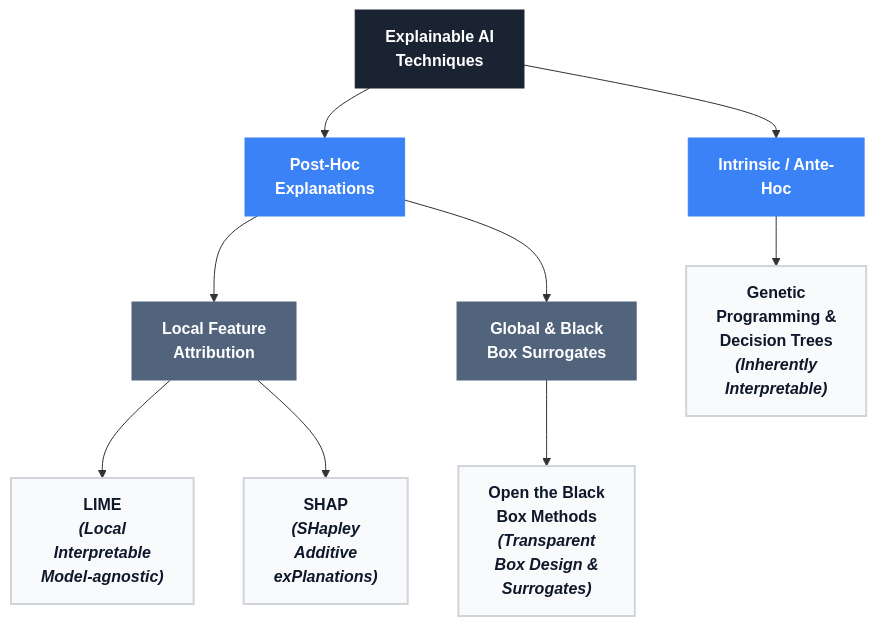
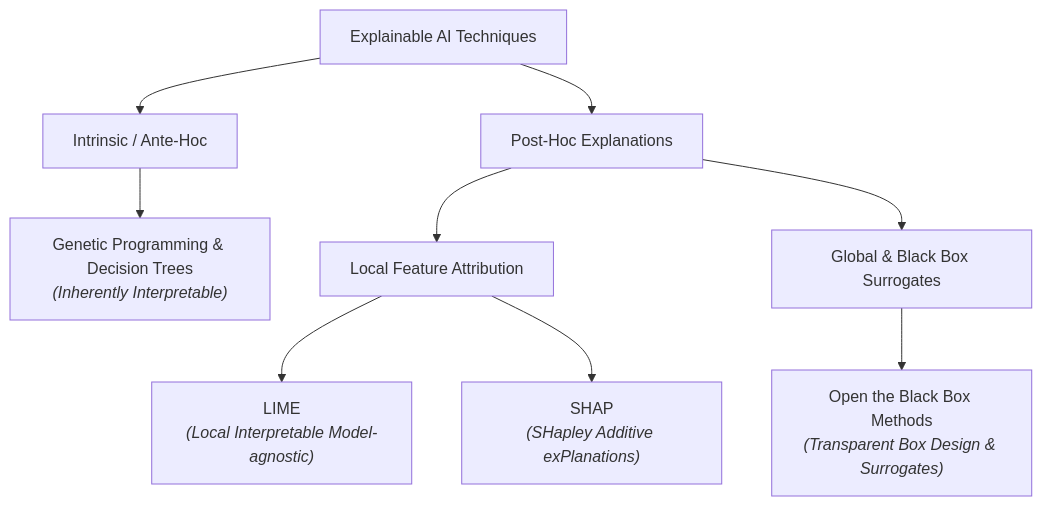
Before and after one commit to bruzz-bruzz/A-Review-On-Explainable-AI: the diagram in Diagrams/Explainable AI Techniques.mmd, drawn with Mermaid. The commit also changed 6 other files, not shown here.

```diff
--- a/Diagrams/Explainable AI Techniques.mmd
+++ b/Diagrams/Explainable AI Techniques.mmd
@@ -1,38 +1,13 @@
 graph TD
-    %% Nodes
-    R["Explainable AI<br/>Techniques"]
-    
-    A1["Intrinsic / Ante-<br/>Hoc"]
-    A2["Post-Hoc<br/>Explanations"]
-    
-    B1["Local Feature<br/>Attribution"]
-    B2["Global & Black<br/>Box Surrogates"]
-    
-    C1["<b style='color:#0F172A;'>Genetic<br/>Programming &<br/>Decision Trees</b><br/><i style='color:#0F172A;'><b>(Inherently<br/>Interpretable)</b></i>"]
-    C2["<b style='color:#0F172A;'>LIME</b><br/><i style='color:#0F172A;'><b>(Local<br/>Interpretable<br/>Model-agnostic)</b></i>"]
-    C3["<b style='color:#0F172A;'>SHAP</b><br/><i style='color:#0F172A;'><b>(SHapley<br/>Additive<br/>exPlanations)</b></i>"]
-    C4["<b style='color:#0F172A;'>Open the Black<br/>Box Methods</b><br/><i style='color:#0F172A;'><b>(Transparent<br/>Box Design &<br/>Surrogates)</b></i>"]
+    Root["Explainable AI Techniques"] --> Intrinsic["Intrinsic / Ante-Hoc"]
+    Root --> PostHoc["Post-Hoc Explanations"]
 
-    %% Connections
-    R --> A1
-    R --> A2
-    
-    A1 --> C1
-    A2 --> B1
-    A2 --> B2
-    
-    B1 --> C2
-    B1 --> C3
-    B2 --> C4
+    Intrinsic --> Tree["Genetic Programming & Decision Trees<br><i>(Inherently Interpretable)</i>"]
 
-    %% Class Styles
-    classDef root fill:#1A2332,stroke:#1A2332,color:#FFFFFF,font-weight:bold;
-    classDef level1 fill:#3B82F6,stroke:#3B82F6,color:#FFFFFF,font-weight:bold;
-    classDef level2 fill:#52647C,stroke:#52647C,color:#FFFFFF,font-weight:bold;
-    classDef leaf fill:#F8FAFC,stroke:#D1D5DB,stroke-width:2px,color:#0F172A;
+    PostHoc --> LocalAttr["Local Feature Attribution"]
+    PostHoc --> GlobalSurr["Global & Black Box Surrogates"]
 
-    %% Apply Classes
-    class R root;
-    class A1,A2 level1;
-    class B1,B2 level2;
-    class C1,C2,C3,C4 leaf;
+    LocalAttr --> Lime["LIME<br><i>(Local Interpretable Model-agnostic)</i>"]
+    LocalAttr --> Shap["SHAP<br><i>(SHapley Additive exPlanations)</i>"]
+
+    GlobalSurr --> OpenBB["Open the Black Box Methods<br><i>(Transparent Box Design & Surrogates)</i>"]
```
